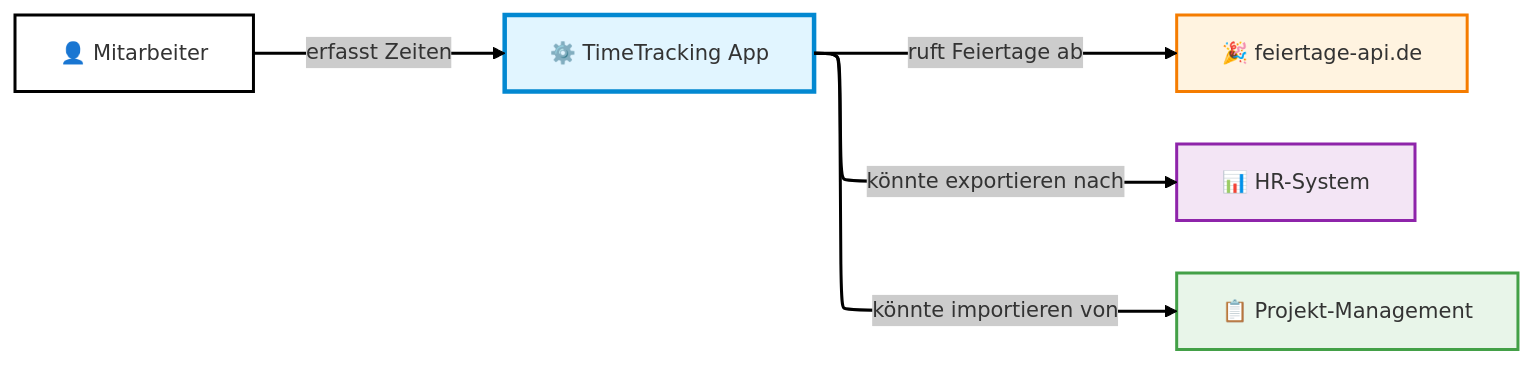
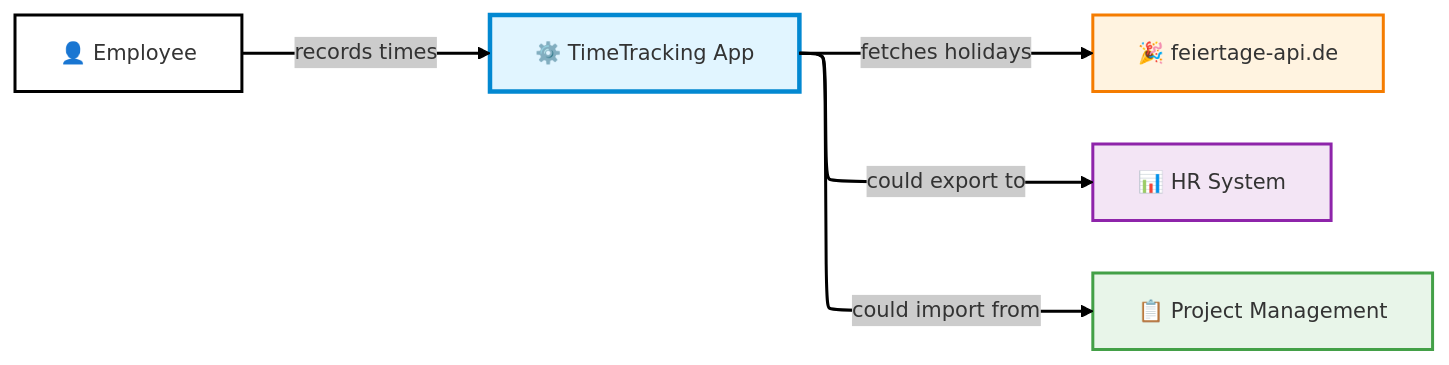
The first of 11 diagrams in docs/ARCHITECTURE.md (ps-ata/cap-fiori-timetracking-en), drawn with Mermaid before and after one commit. The commit also changed other lines of this file, not shown here.

First line of the commit message:
Update ARCHITECTURE.md

````diff
--- a/docs/ARCHITECTURE.md
+++ b/docs/ARCHITECTURE.md
@@ -231,19 +231,19 @@
 ```mermaid
 ---
 config:
   layout: elk
   elk:
     mergeEdges: true
   theme: neo
 ---
 graph LR
-    User[👤 Mitarbeiter] -->|erfasst Zeiten| App[⚙️ TimeTracking App]
-    App -->|ruft Feiertage ab| API[🎉 feiertage-api.de]
-    App -->|könnte exportieren nach| HR[📊 HR-System]
-    App -->|könnte importieren von| PM[📋 Projekt-Management]
+    User[👤 Employee] -->|records times| App[⚙️ TimeTracking App]
+    App -->|fetches holidays| API[🎉 feiertage-api.de]
+    App -->|could export to| HR[📊 HR System]
+    App -->|could import from| PM[📋 Project Management]
 
     style App fill:#e1f5ff,stroke:#0288d1,stroke-width:3px
     style API fill:#fff3e0,stroke:#f57c00,stroke-width:2px
     style HR fill:#f3e5f5,stroke:#8e24aa,stroke-width:2px
     style PM fill:#e8f5e9,stroke:#43a047,stroke-width:2px
 ```
````
